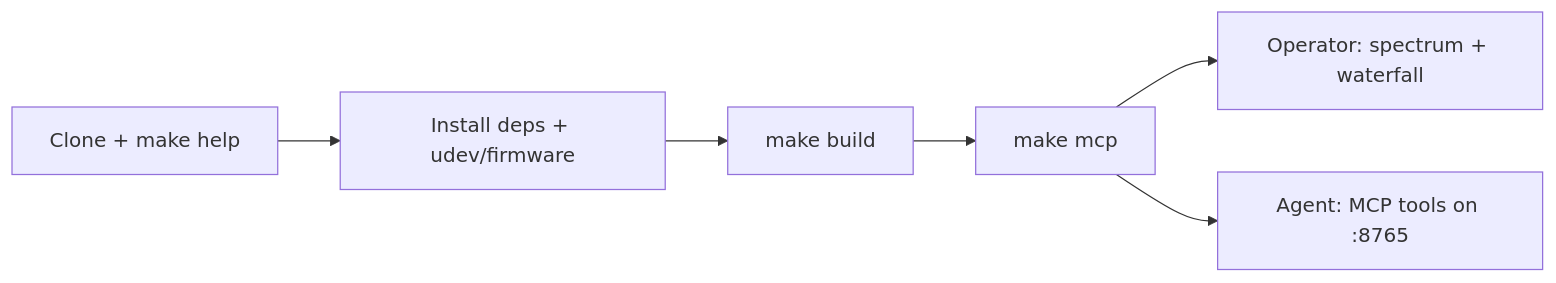
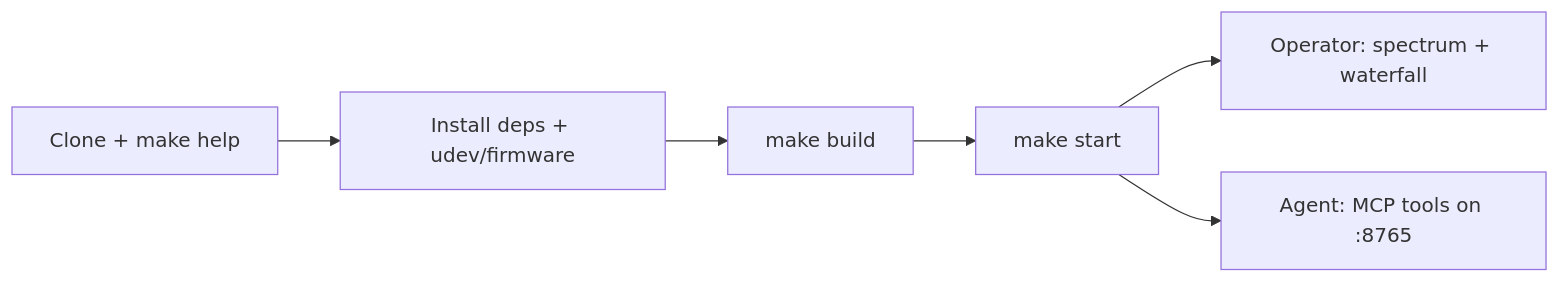
Before and after one commit to chris-piekarski/hot-iron: the diagram in docs/getting-started.md, drawn with Mermaid. The commit also changed other lines of this file and 94 other files, not shown here.

````diff
--- a/docs/getting-started.md
+++ b/docs/getting-started.md
@@ -3,8 +3,8 @@
 ```mermaid
 flowchart LR
     A[Clone + make help] --> B[Install deps + udev/firmware]
     B --> C[make build]
-    C --> D[make mcp]
+    C --> D[make start]
     D --> E[Operator: spectrum + waterfall]
     D --> F[Agent: MCP tools on :8765]
 ```
````
